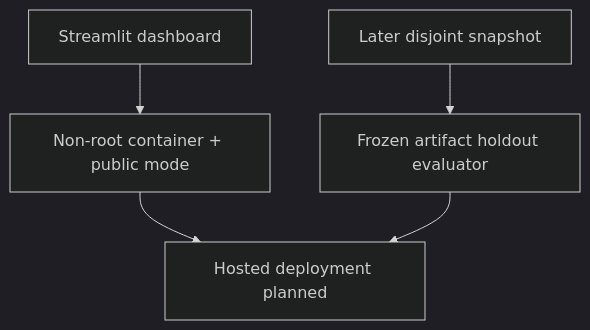
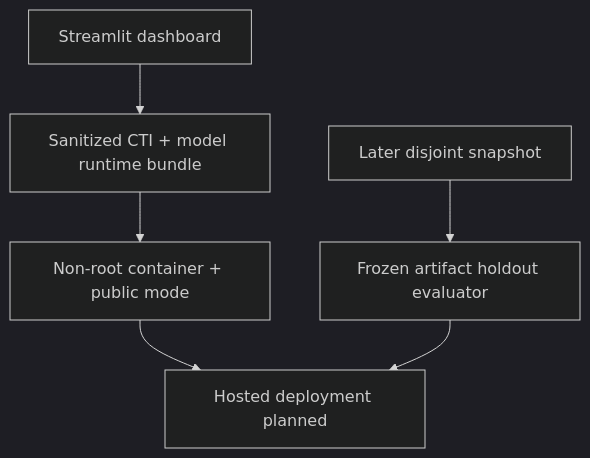
One commit to ConquestorYa/threatfusion-ai changed the sixth of 6 diagrams in docs/ARCHITECTURE.md. Above: the diagram before and after it, drawn with Mermaid (dark theme). The commit also changed other lines of this file, not shown here.

Commit message:
docs: add sanitized deployment bundle architecture

````diff
--- a/docs/ARCHITECTURE.md
+++ b/docs/ARCHITECTURE.md
@@ -104,7 +104,8 @@
 ```mermaid
 flowchart TD
-    Dashboard[Streamlit dashboard] --> Container[Non-root container + public mode]
+    Dashboard[Streamlit dashboard] --> Bundle[Sanitized CTI + model runtime bundle]
+    Bundle --> Container[Non-root container + public mode]
     Container --> Hosted[Hosted deployment planned]
     Holdout[Later disjoint snapshot] --> Eval[Frozen artifact holdout evaluator]
     Eval --> Hosted
 ```
````
